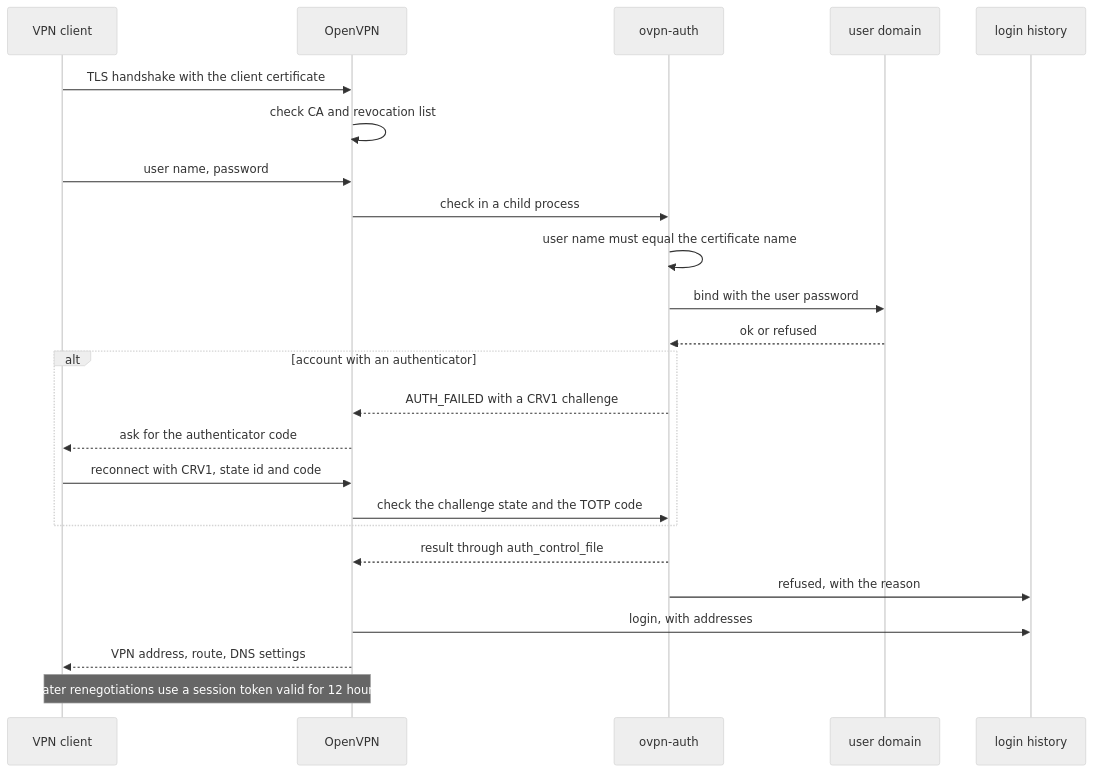
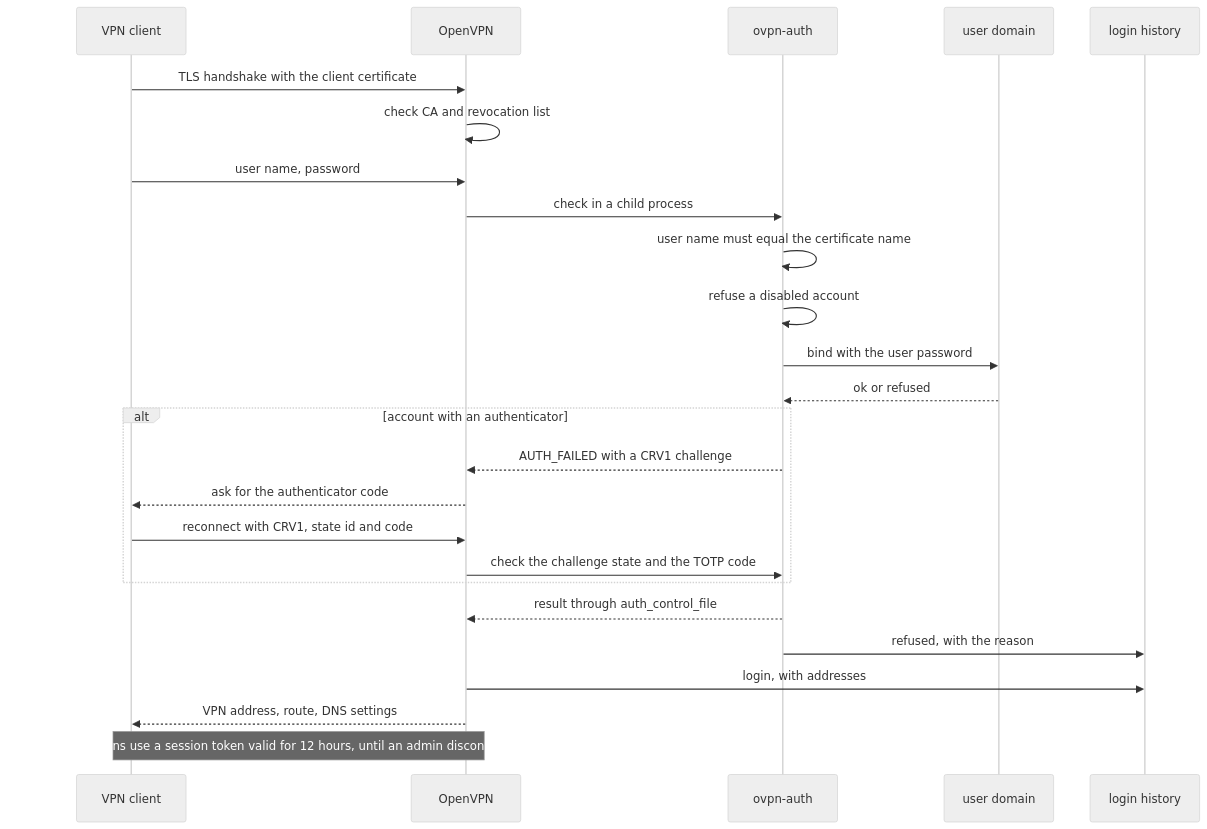
One commit to stephdl/ns8-roadwarrior changed the second of 6 diagrams in docs/network.md. Above: the diagram before and after it, drawn with Mermaid (neutral theme). The commit also changed other lines of this file and 10 other files, not shown here.

````diff
--- a/docs/network.md
+++ b/docs/network.md
@@ -47,27 +47,28 @@
 ```mermaid
 sequenceDiagram
     participant C as VPN client
     participant O as OpenVPN
     participant A as ovpn-auth
     participant L as user domain
     participant H as login history
 
     C->>O: TLS handshake with the client certificate
     O->>O: check CA and revocation list
     C->>O: user name, password
     O->>A: check in a child process
     A->>A: user name must equal the certificate name
+    A->>A: refuse a disabled account
     A->>L: bind with the user password
     L-->>A: ok or refused
     alt account with an authenticator
         A-->>O: AUTH_FAILED with a CRV1 challenge
         O-->>C: ask for the authenticator code
         C->>O: reconnect with CRV1, state id and code
         O->>A: check the challenge state and the TOTP code
     end
     A-->>O: result through auth_control_file
     A->>H: refused, with the reason
     O->>H: login, with addresses
     O-->>C: VPN address, route, DNS settings
-    Note over C,O: Later renegotiations use a session token valid for 12 hours
+    Note over C,O: Later renegotiations use a session token valid for 12 hours, until an admin disconnects the account
 ```
````
